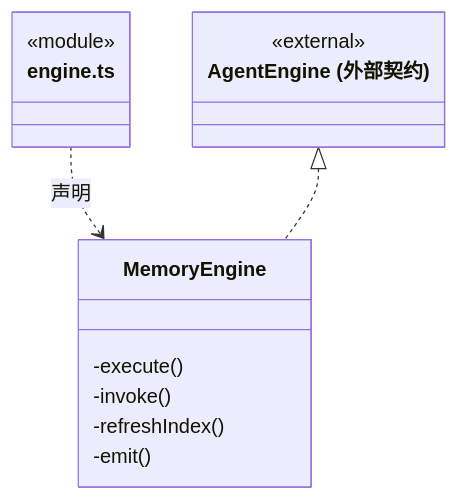
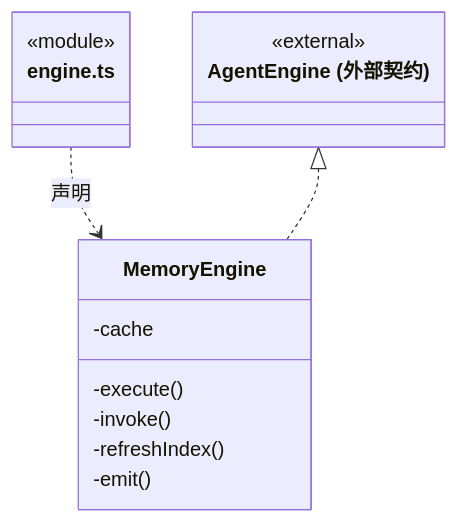
Before and after one commit to nan023062/cbim: the second of 7 diagrams in src/logic/execution/engines/memory/ARCHITECTURE.md, drawn with Mermaid. The commit also changed other lines of this file and 139 other files, not shown here.

Commit message:
docs(architecture): add source reading paths and complete file inventories

````diff
--- a/src/logic/execution/engines/memory/ARCHITECTURE.md
+++ b/src/logic/execution/engines/memory/ARCHITECTURE.md
@@ -56,17 +60,18 @@
 ```mermaid
 classDiagram
 class N_src_logic_execution_engines_memory_engine_ts["engine.ts"] {
   <<module>>
 }
 class N_src_logic_execution_engines_memory_engine_ts_MemoryEngine["MemoryEngine"] {
+  -cache
   -execute()
   -invoke()
   -refreshIndex()
   -emit()
 }
 N_src_logic_execution_engines_memory_engine_ts ..> N_src_logic_execution_engines_memory_engine_ts_MemoryEngine : 声明
 class N_src_logic_execution_engines_memory_engine_ts_external_AgentEngine["AgentEngine (外部契约)"] {
   <<external>>
 }
 N_src_logic_execution_engines_memory_engine_ts_external_AgentEngine <|.. N_src_logic_execution_engines_memory_engine_ts_MemoryEngine
 ```
````
